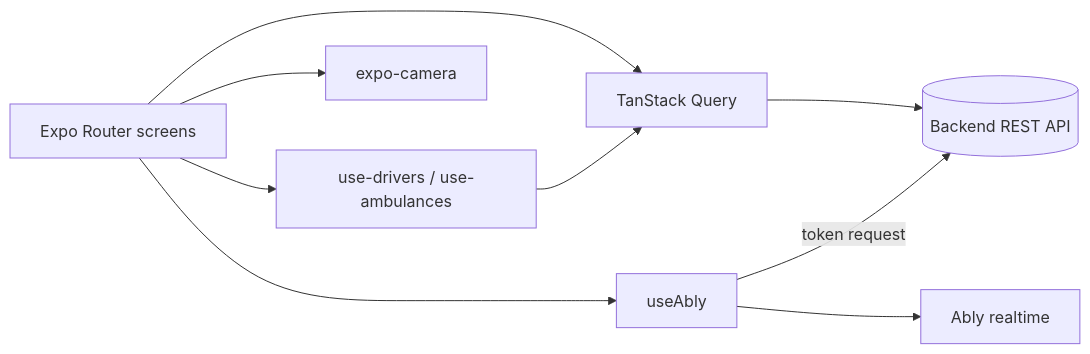
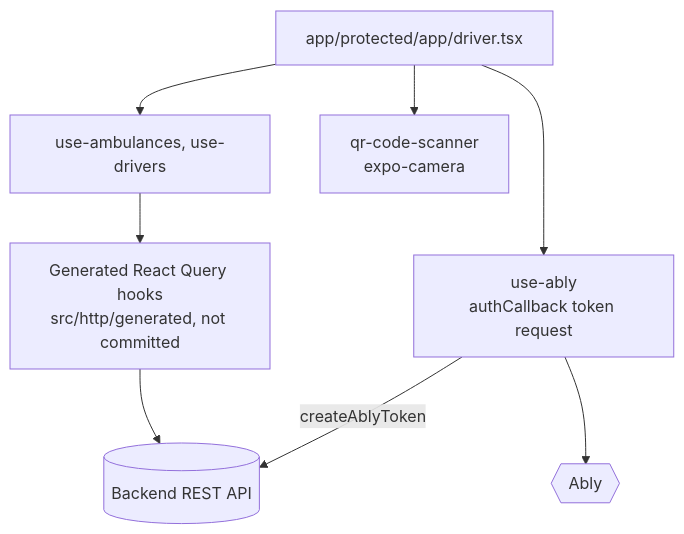
Before and after one commit to mkwitko/ambulance-fleet-driver: the second of 3 diagrams in README.md, drawn with Mermaid. The commit also changed other lines of this file, not shown here.

Commit message:
docs: presentation README with architecture diagrams

````diff
--- a/README.md
+++ b/README.md
@@ -17,11 +36,10 @@
 ```mermaid
-flowchart LR
-  UI[Expo Router screens] --> Query[TanStack Query]
+flowchart TB
+  Screens[app/protected/app/driver.tsx] --> Hooks[use-ambulances, use-drivers]
+  Hooks --> Query[Generated React Query hooks<br/>src/http/generated, not committed]
   Query --> API[(Backend REST API)]
-  UI --> Hooks[use-drivers / use-ambulances]
-  Hooks --> Query
-  UI --> AblyHook[useAbly]
-  AblyHook -->|token request| API
-  AblyHook --> Ably[Ably realtime]
-  UI --> Camera[expo-camera]
+  Screens --> Cam[qr-code-scanner<br/>expo-camera]
+  Screens --> AblyHook[use-ably<br/>authCallback token request]
+  AblyHook -->|createAblyToken| API
+  AblyHook --> Ably{{Ably}}
 ```
````
